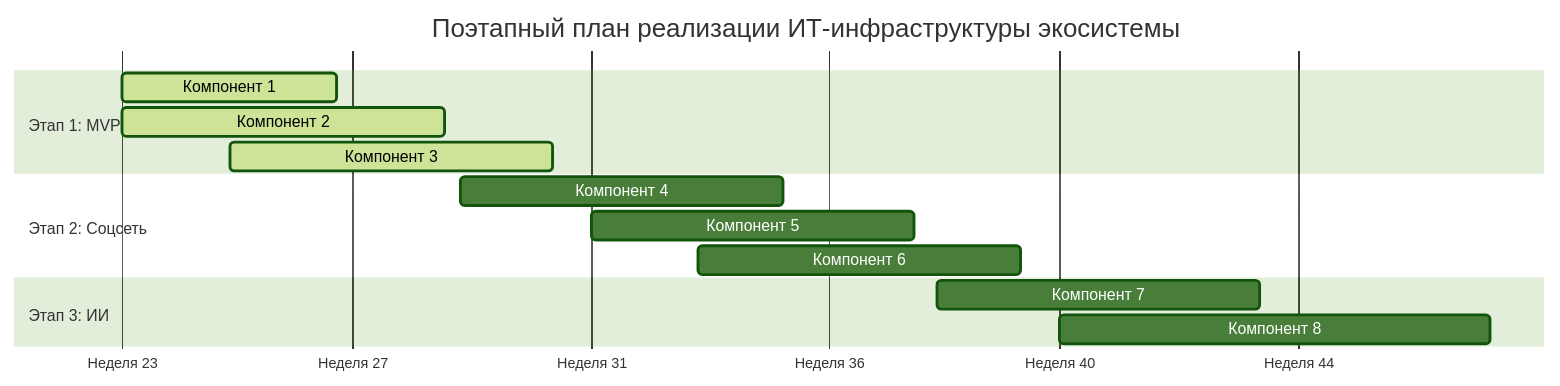
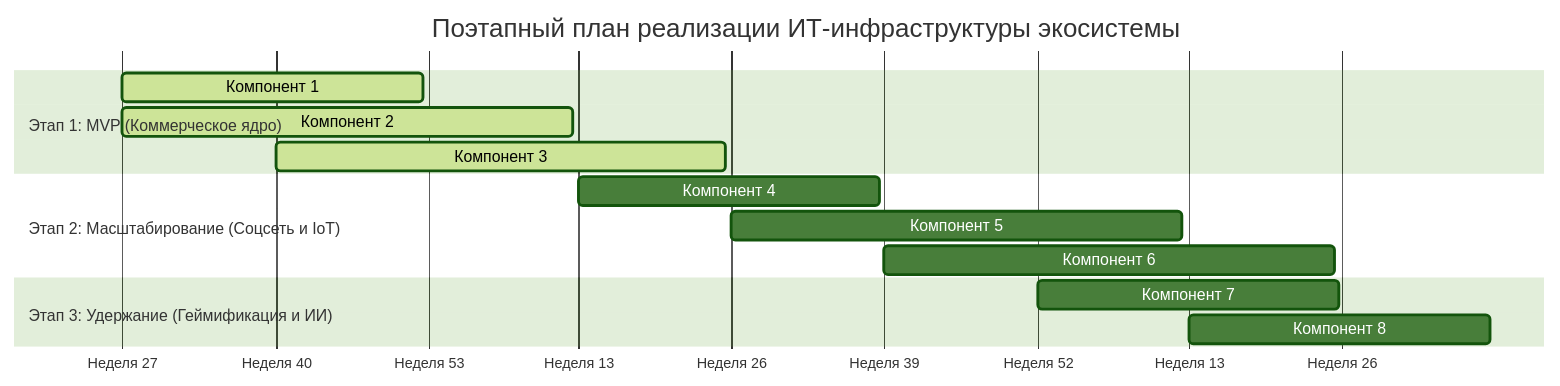
The diagram in stage-1-concept/06-implementation-order.md (Maksim-Burning-Inside/Sports-app-architecture), drawn with Mermaid (forest theme) before and after one commit.

````diff
--- a/stage-1-concept/06-implementation-order.md
+++ b/stage-1-concept/06-implementation-order.md
@@ -11,21 +11,21 @@
 ```mermaid
 gantt
     title Поэтапный план реализации ИТ-инфраструктуры экосистемы
     dateFormat  YYYY-MM-DD
     axisFormat Неделя %V
     todayMarker off
 
-    section Этап 1: MVP
-    Компонент 1 :active, t1, 2026-06-01, 28d
-    Компонент 2 :active, t2, 2026-06-01, 42d
-    Компонент 3 :active, t3, 2026-06-15, 42d
+    section Этап 1: MVP (Коммерческое ядро)
+    Компонент 1 :active, t1, 2026-07-01, 180d
+    Компонент 2 :active, t2, 2026-07-01, 270d
+    Компонент 3 :active, t3, 2026-10-01, 270d
 
-    section Этап 2: Соцсеть
-    Компонент 4 : t4, 2026-07-15, 42d
-    Компонент 5 : t5, 2026-08-01, 42d
-    Компонент 6 : t6, 2026-08-15, 42d
+    section Этап 2: Масштабирование (Соцсеть и IoT)
+    Компонент 4 : t4, 2027-04-01, 180d
+    Компонент 5 : t5, 2027-07-01, 270d
+    Компонент 6 : t6, 2027-10-01, 270d
 
-    section Этап 3: ИИ
-    Компонент 7 : t7, 2026-09-15, 42d
-    Компонент 8 : t8, 2026-10-01, 56d
+    section Этап 3: Удержание (Геймификация и ИИ)
+    Компонент 7 : t7, 2028-01-01, 180d
+    Компонент 8 : t8, 2028-04-01, 180d
 ```
````
